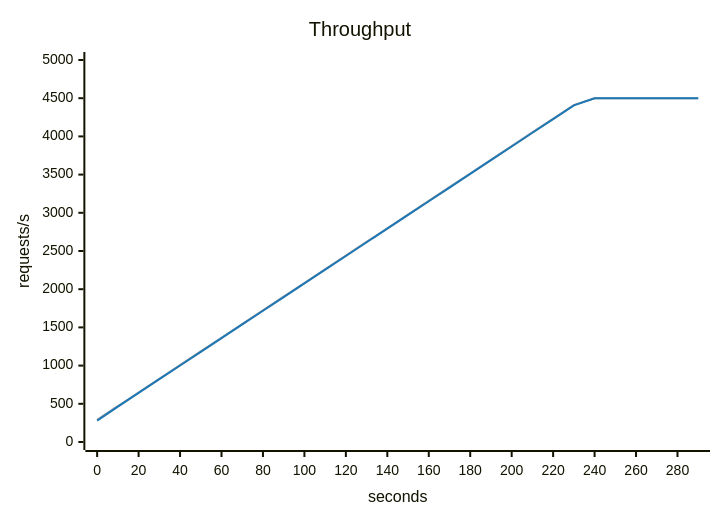
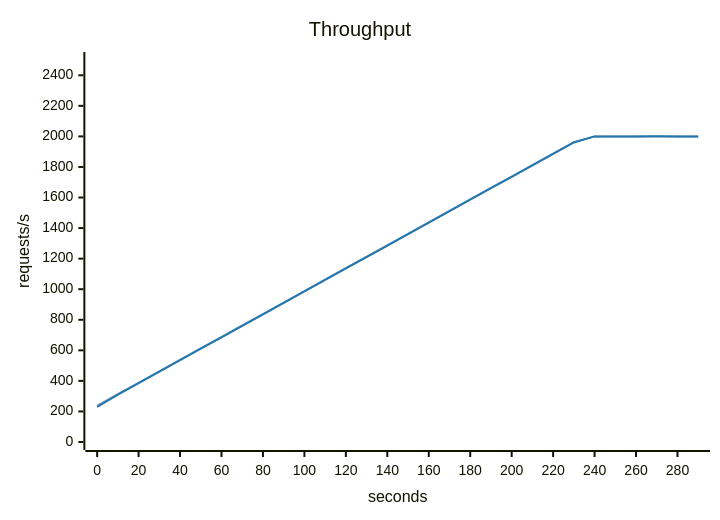
Before and after one commit to akinfemi/load-lore: the second of 5 diagrams in scenarios/live-vote/solutions/redis-tally/report.md, drawn with Mermaid. The commit also changed other lines of this file and 125 other files, not shown here.

````diff
--- a/scenarios/live-vote/solutions/redis-tally/report.md
+++ b/scenarios/live-vote/solutions/redis-tally/report.md
@@ -39,15 +40,15 @@
 ```mermaid
 ---
 config:
   themeVariables:
     xyChart:
       backgroundColor: "transparent"
       plotColorPalette: "#9e9e9e, #1f77b4"
 ---
 xychart-beta
     title "Throughput"
     x-axis "seconds" 0 --> 290
-    y-axis "requests/s" 0 --> 5000
-    line [289.583, 468.75, 647.917, 827.083, 1006.25, 1185.417, 1364.583, 1543.75, 1722.917, 1902.083, 2081.25, 2260.417, 2439.583, 2618.75, 2797.917, 2977.083, 3156.25, 3335.417, 3514.583, 3693.75, 3872.917, 4052.083, 4231.25, 4410.417, 4500, 4500, 4500, 4500, 4500, 4500]
-    line [279.319, 463.802, 642.926, 822.229, 1001.326, 1180.388, 1359.779, 1538.737, 1717.989, 1897.006, 2076.588, 2255.371, 2434.481, 2614.094, 2792.71, 2972.445, 3151.359, 3330.102, 3510.218, 3688.624, 3867.682, 4047.496, 4226.194, 4405.511, 4500.064, 4499.56, 4500.361, 4499.884, 4500.001, 4499.824]
+    y-axis "requests/s" 0 --> 2500
+    line [237.5, 312.5, 387.5, 462.5, 537.5, 612.5, 687.5, 762.5, 837.5, 912.5, 987.5, 1062.5, 1137.5, 1212.5, 1287.5, 1362.5, 1437.5, 1512.5, 1587.5, 1662.5, 1737.5, 1812.5, 1887.5, 1962.5, 2000, 2000, 2000, 2000, 2000, 2000]
+    line [230.493, 310.573, 385.479, 460.751, 535.424, 610.675, 685.485, 760.664, 835.453, 910.549, 985.595, 1060.553, 1135.563, 1210.475, 1285.607, 1360.556, 1435.494, 1510.582, 1585.505, 1660.791, 1735.333, 1810.703, 1885.38, 1960.614, 2000.002, 2000.037, 1999.906, 2000.175, 2000.078, 1999.837]
 ```
````
